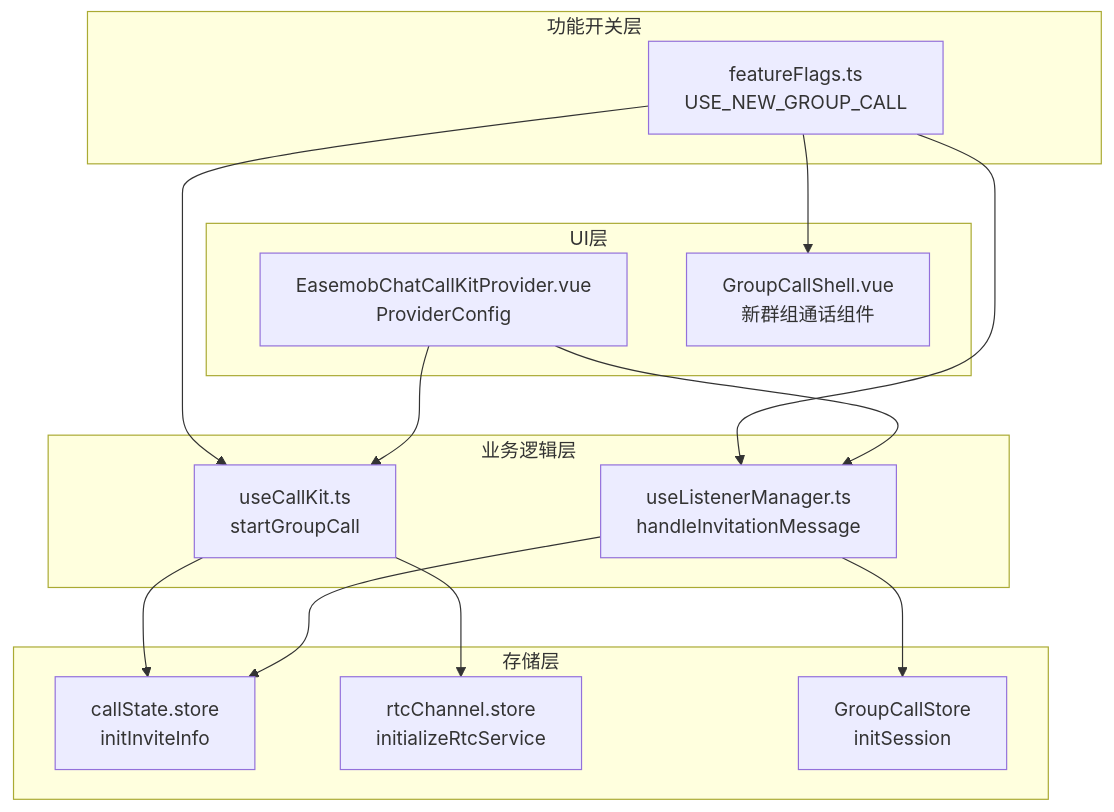
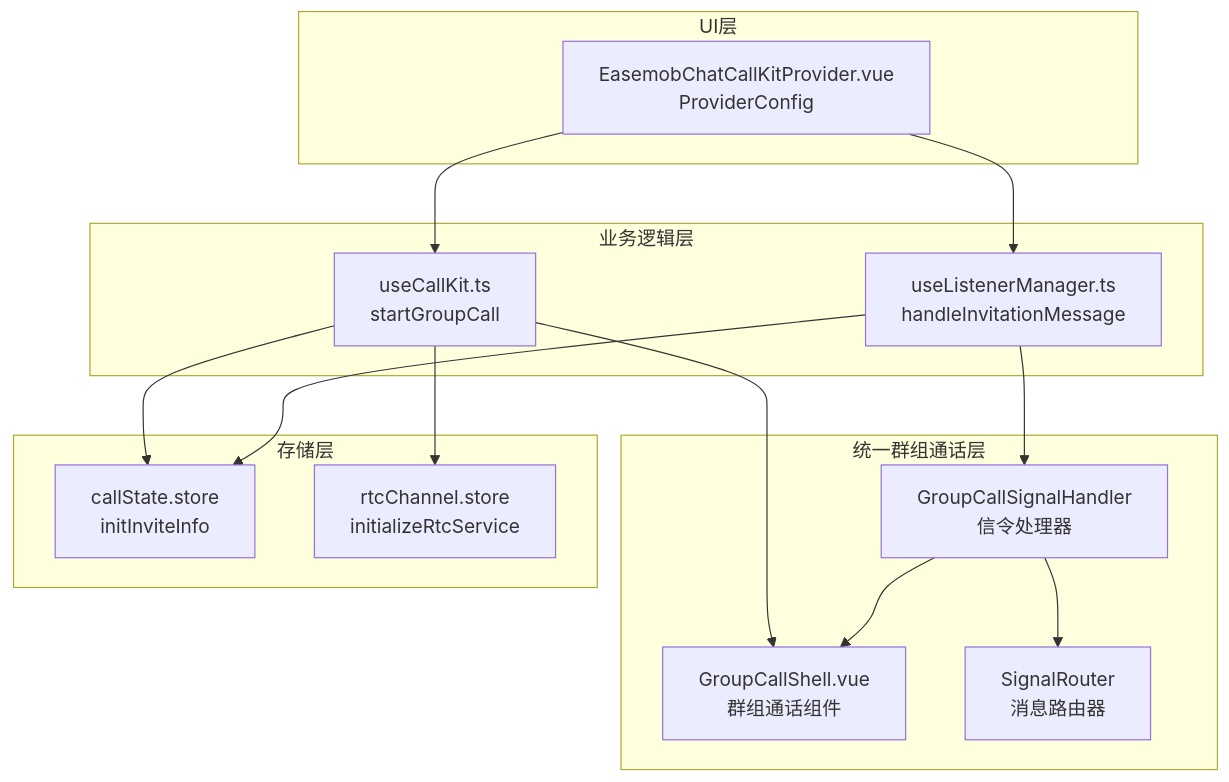
Before and after one commit to Easemob-Community/easemob-uikit-callkit-vue3: the second of 8 diagrams in .qoder/repowiki/zh/content/高级功能/功能开关系统.md, drawn with Mermaid. The commit also changed other lines of this file and 40 other files, not shown here.

````diff
--- a/.qoder/repowiki/zh/content/高级功能/功能开关系统.md
+++ b/.qoder/repowiki/zh/content/高级功能/功能开关系统.md
@@ -107,28 +131,29 @@
 ```mermaid
 graph TB
-subgraph "功能开关层"
-FF[featureFlags.ts<br/>USE_NEW_GROUP_CALL]
+subgraph "统一群组通话层"
+GCS[GroupCallStore<br/>单一事实源]
+GCH[GroupCallSignalHandler<br/>信令处理器]
+SR[SignalRouter<br/>消息路由器]
 end
 subgraph "业务逻辑层"
 CK[useCallKit.ts<br/>startGroupCall]
 LM[useListenerManager.ts<br/>handleInvitationMessage]
 end
 subgraph "存储层"
 CS[callState.store<br/>initInviteInfo]
 RCS[rtcChannel.store<br/>initializeRtcService]
-GCS[GroupCallStore<br/>initSession]
 end
 subgraph "UI层"
 EP[EasemobChatCallKitProvider.vue<br/>ProviderConfig]
-GC[GroupCallShell.vue<br/>新群组通话组件]
+GCS[GroupCallShell.vue<br/>群组通话组件]
 end
-FF --> CK
-FF --> LM
+CK --> GCS
+LM --> GCH
+GCH --> GCS
+GCH --> SR
 CK --> CS
 LM --> CS
 CK --> RCS
-LM --> GCS
 EP --> CK
 EP --> LM
-FF --> GC
 ```
````
